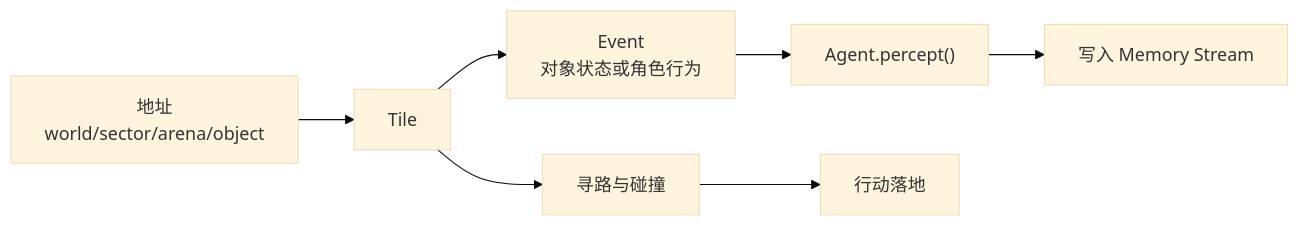
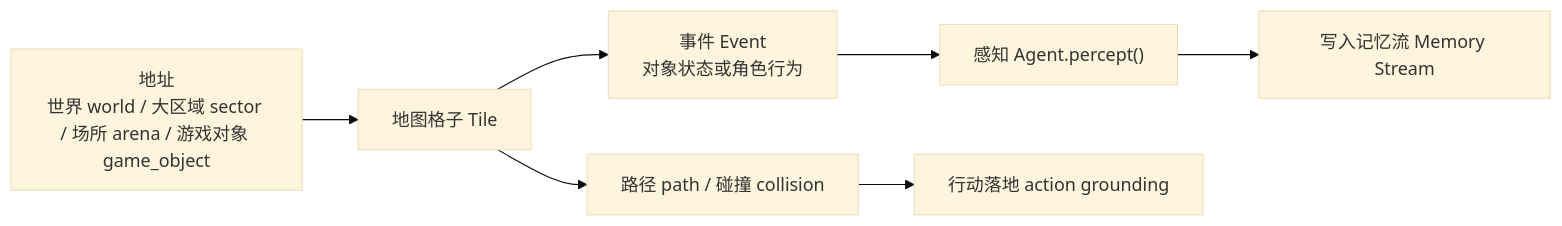
One commit to tbkken/GenerativeAgentsCN changed the second of 2 diagrams in docs/book/manuscript/part_03/chapter_14.md. Above: the diagram before and after it, drawn with Mermaid (base theme). The commit also changed other lines of this file and 5 other files, not shown here.

````diff
--- a/docs/book/manuscript/part_03/chapter_14.md
+++ b/docs/book/manuscript/part_03/chapter_14.md
@@ -488,9 +824,9 @@
 ```mermaid
 flowchart LR
-    Address["地址<br/>world/sector/arena/object"] --> Tile["Tile"]
-    Tile --> Event["Event<br/>对象状态或角色行为"]
-    Event --> Percept["Agent.percept()"]
-    Percept --> Memory["写入 Memory Stream"]
-    Tile --> Path["寻路与碰撞"]
-    Path --> Action["行动落地"]
+    Address["地址<br/>世界 world / 大区域 sector / 场所 arena / 游戏对象 game_object"] --> Tile["地图格子 Tile"]
+    Tile --> Event["事件 Event<br/>对象状态或角色行为"]
+    Event --> Percept["感知 Agent.percept()"]
+    Percept --> Memory["写入记忆流 Memory Stream"]
+    Tile --> Path["路径 path / 碰撞 collision"]
+    Path --> Action["行动落地 action grounding"]
 ```
````
